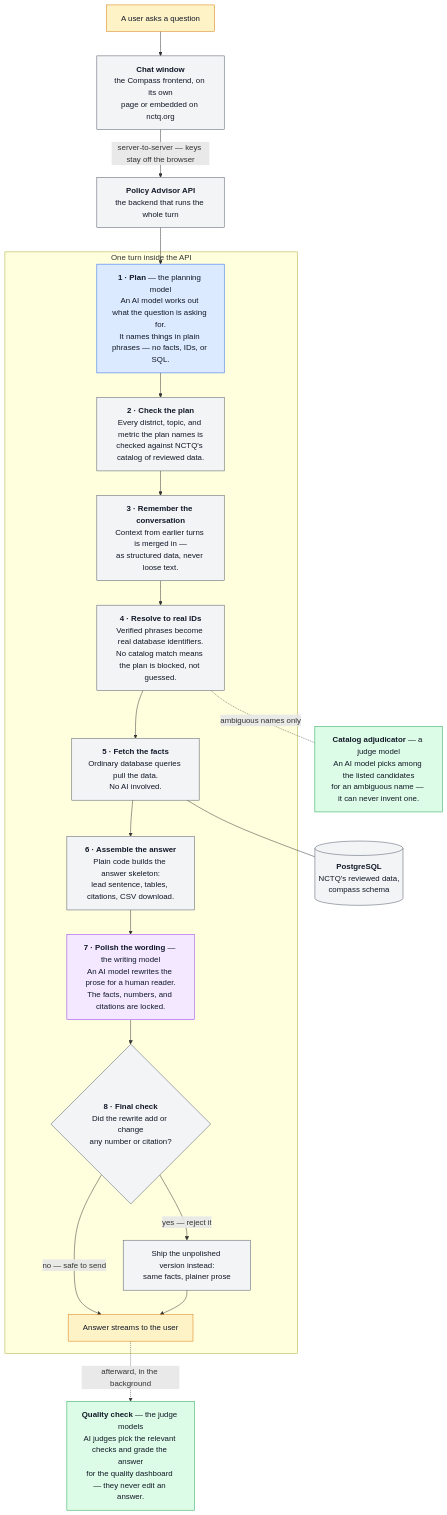
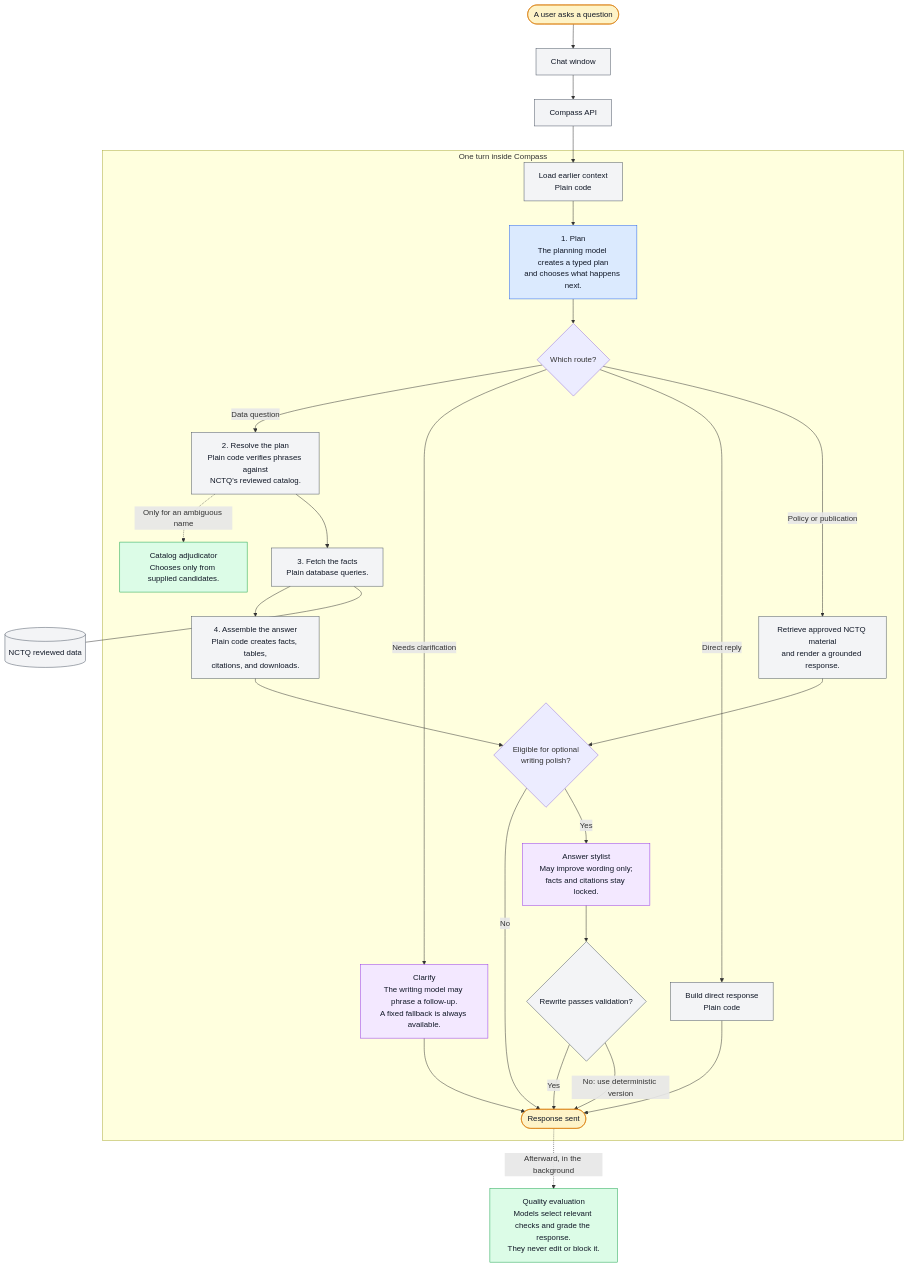
One commit to Starling-Strategy/compass changed the diagram in docs/02-product-and-answer-flow.md. Above: the diagram before and after it, drawn with Mermaid. The commit also changed other lines of this file, not shown here.

Commit message:
docs: clarify Compass LLM roles and answer flow

````diff
--- a/docs/02-product-and-answer-flow.md
+++ b/docs/02-product-and-answer-flow.md
@@ -36,62 +37,45 @@
 ```mermaid
 flowchart TD
-    U["A user asks a question"] --> FE["`**Chat window**
-the Compass frontend, on its own
-page or embedded on nctq.org`"]
-    FE -->|"server-to-server — keys stay off the browser"| API["`**Policy Advisor API**
-the backend that runs the whole turn`"]
+    U([A user asks a question]) --> FE[Chat window]
+    FE --> API[Compass API]
 
-    subgraph API_TURN ["One turn inside the API"]
-        P["`**1 · Plan** — the planning model
-An AI model works out what the question is asking for.
-It names things in plain phrases — no facts, IDs, or SQL.`"]
-        V["`**2 · Check the plan**
-Every district, topic, and metric the plan names is
-checked against NCTQ's catalog of reviewed data.`"]
-        M["`**3 · Remember the conversation**
-Context from earlier turns is merged in —
-as structured data, never loose text.`"]
-        R["`**4 · Resolve to real IDs**
-Verified phrases become real database identifiers.
-No catalog match means the plan is blocked, not guessed.`"]
-        X["`**5 · Fetch the facts**
-Ordinary database queries pull the data.
-No AI involved.`"]
-        RD["`**6 · Assemble the answer**
-Plain code builds the answer skeleton:
-lead sentence, tables, citations, CSV download.`"]
-        S["`**7 · Polish the wording** — the writing model
-An AI model rewrites the prose for a human reader.
-The facts, numbers, and citations are locked.`"]
-        G{"`**8 · Final check**
-Did the rewrite add or change
-any number or citation?`"}
-        P --> V --> M --> R --> X --> RD --> S --> G
-        G -->|"no — safe to send"| OUT["Answer streams to the user"]
-        G -->|"yes — reject it"| FB["`Ship the unpolished version instead:
-same facts, plainer prose`"]
-        FB --> OUT
+    subgraph API_TURN ["One turn inside Compass"]
+        M["Load earlier context<br/>Plain code"] --> P["1. Plan<br/>The planning model creates a typed plan<br/>and chooses what happens next."]
+        P --> ROUTE{Which route?}
+
+        ROUTE -->|Data question| R["2. Resolve the plan<br/>Plain code verifies phrases against<br/>NCTQ's reviewed catalog."]
+        R -.->|Only for an ambiguous name| ADJ["Catalog adjudicator<br/>Chooses only from supplied candidates."]
+        R --> X["3. Fetch the facts<br/>Plain database queries."]
+        X --> RD["4. Assemble the answer<br/>Plain code creates facts, tables,<br/>citations, and downloads."]
+
+        ROUTE -->|Needs clarification| C["Clarify<br/>The writing model may phrase a follow-up.<br/>A fixed fallback is always available."]
+        ROUTE -->|Direct reply| D["Build direct response<br/>Plain code"]
+        ROUTE -->|Policy or publication| N["Retrieve approved NCTQ material<br/>and render a grounded response."]
+
+        RD --> STYLE{Eligible for optional<br/>writing polish?}
+        N --> STYLE
+        STYLE -->|No| OUT([Response sent])
+        STYLE -->|Yes| S["Answer stylist<br/>May improve wording only;<br/>facts and citations stay locked."]
+        S --> G{Rewrite passes validation?}
+        G -->|Yes| OUT
+        G -->|No: use deterministic version| OUT
+        C --> OUT
+        D --> OUT
     end
 
-    API --> P
-    R -.-|"ambiguous names only"| ADJ["`**Catalog adjudicator** — a judge model
-An AI model picks among the listed candidates
-for an ambiguous name — it can never invent one.`"]
-    X --- DB[("`**PostgreSQL**
-NCTQ's reviewed data,
-compass schema`")]
-    OUT -.->|"afterward, in the background"| Q["`**Quality check** — the judge models
-AI judges pick the relevant checks and grade the answer
-for the quality dashboard — they never edit an answer.`"]
+    API --> M
+    X --- DB[(NCTQ reviewed data)]
+    OUT -.->|Afterward, in the background| Q["Quality evaluation<br/>Models select relevant checks and grade the response.<br/>They never edit or block it."]
 
     classDef planning fill:#dbeafe,stroke:#2563eb,color:#111827
     classDef writing fill:#f3e8ff,stroke:#9333ea,color:#111827
     classDef judging fill:#dcfce7,stroke:#16a34a,color:#111827
     classDef code fill:#f3f4f6,stroke:#4b5563,color:#111827
     classDef endpoint fill:#fef3c7,stroke:#d97706,color:#111827
+
     class P planning
-    class S writing
+    class C,S writing
     class ADJ,Q judging
-    class FE,API,V,M,R,X,RD,G,FB,DB code
+    class FE,API,M,R,X,RD,D,N,G,DB code
     class U,OUT endpoint
 ```
````
